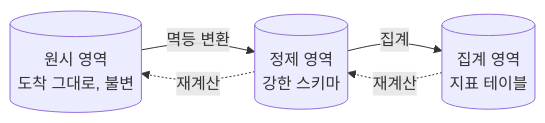
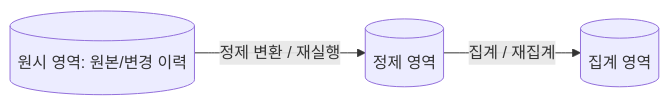
Before and after one commit to Rein-ArXiv/game-dev-curriculum: the second of 2 diagrams in db/part05_analytics_store.md, drawn with Mermaid. The commit also changed other lines of this file and 279 other files, not shown here.

````diff
--- a/db/part05_analytics_store.md
+++ b/db/part05_analytics_store.md
@@ -144,7 +144,5 @@
 ```mermaid
 flowchart LR
-    RAW[(원시 영역<br/>도착 그대로, 불변)] -->|멱등 변환| CUR[(정제 영역<br/>강한 스키마)]
-    CUR -->|집계| AGG[(집계 영역<br/>지표 테이블)]
-    AGG -.재계산.-> CUR
-    CUR -.재계산.-> RAW
+    RAW[("원시 영역: 원본/변경 이력")] -->|"정제 변환 / 재실행"| CUR[("정제 영역")]
+    CUR -->|"집계 / 재집계"| AGG[("집계 영역")]
 ```
````
